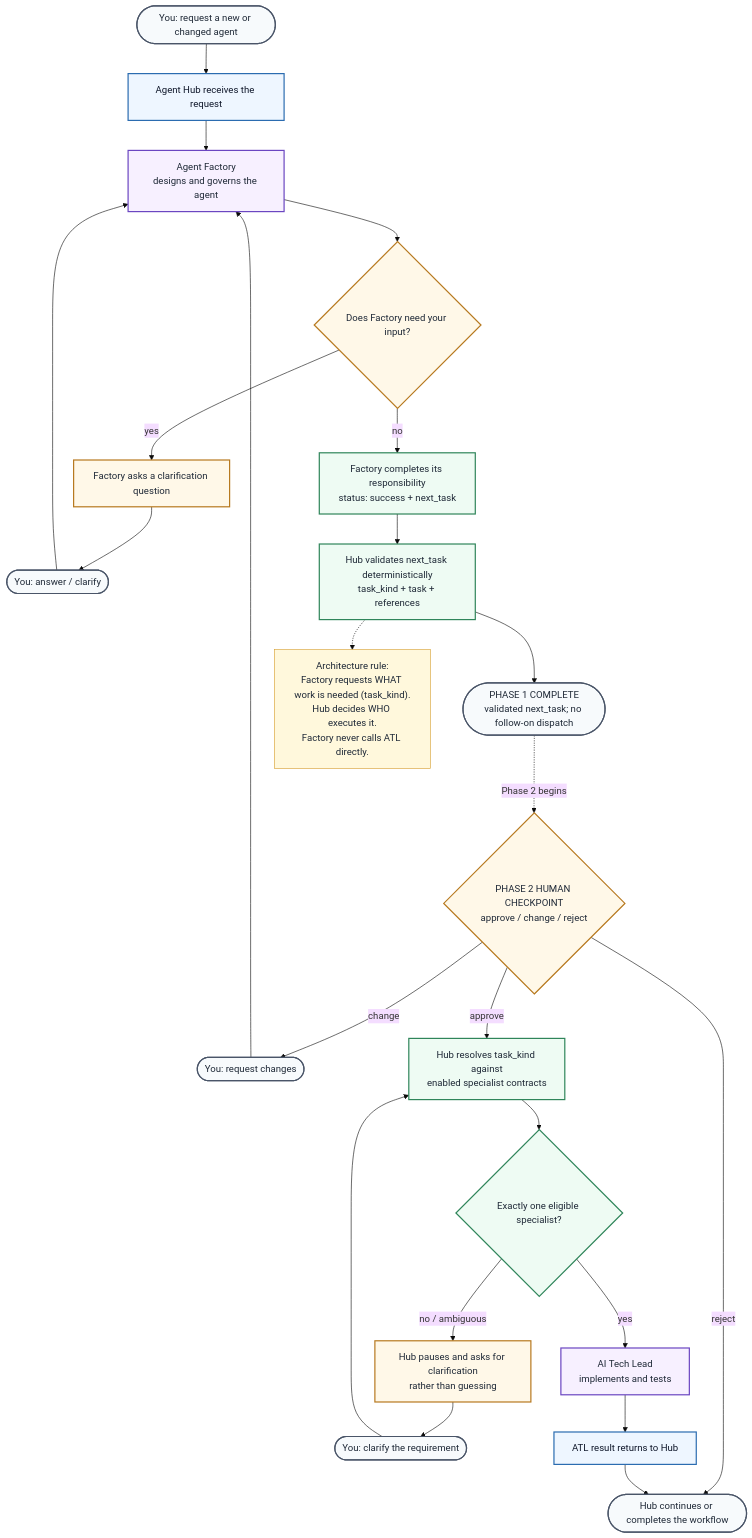
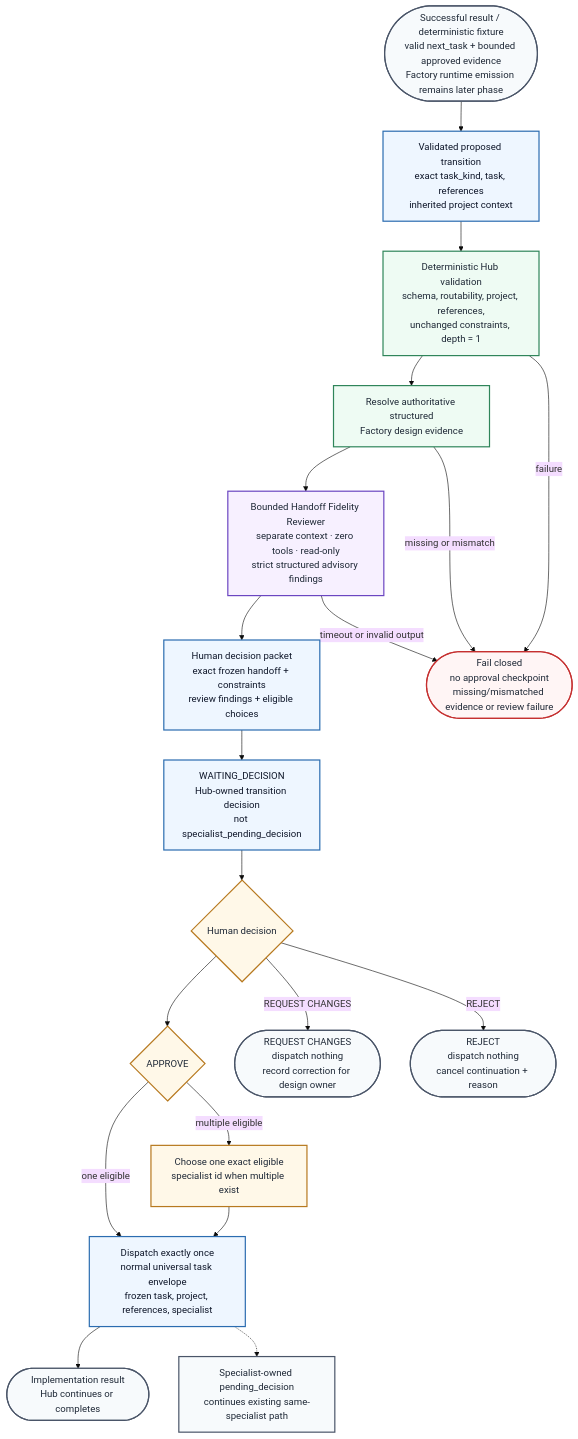
One commit to robvoto/agent-hub changed the diagram in docs/diagrams/08-CROSS-SPECIALIST-EXECUTION-PLAN.mmd. Above: the diagram before and after it, drawn with Mermaid (base theme). The commit also changed 9 other files, not shown here.

Commit message:
feat: add evidence-backed handoff transition gate

```diff
--- a/docs/diagrams/08-CROSS-SPECIALIST-EXECUTION-PLAN.mmd
+++ b/docs/diagrams/08-CROSS-SPECIALIST-EXECUTION-PLAN.mmd
@@ -1,48 +1,43 @@
 flowchart TD
-    UserStart(["You: request a new or changed agent"])
-    HubStart["Agent Hub receives the request"]
-    Factory["Agent Factory<br/>designs and governs the agent"]
-    FactoryNeedsInput{"Does Factory need your input?"}
-    FactoryQuestion["Factory asks a clarification question"]
-    UserClarifies(["You: answer / clarify"])
-    FactoryResult["Factory completes its responsibility<br/>status: success + next_task"]
-    Validate["Hub validates next_task deterministically<br/>task_kind + task + references"]
-    Phase1(["PHASE 1 COMPLETE<br/>validated next_task; no follow-on dispatch"])
-    HumanGate{"PHASE 2 HUMAN CHECKPOINT<br/>approve / change / reject"}
-    ChangeRequest(["You: request changes"])
-    Resolve["Hub resolves task_kind against<br/>enabled specialist contracts"]
-    One{"Exactly one eligible specialist?"}
-    ClarifySelection["Hub pauses and asks for clarification<br/>rather than guessing"]
-    UserClarifiesRouting(["You: clarify the requirement"])
-    ATL["AI Tech Lead<br/>implements and tests"]
-    Result["ATL result returns to Hub"]
-    Complete(["Hub continues or completes the workflow"])
+    Source([Successful result / deterministic fixture<br/>valid next_task + bounded approved evidence<br/>Factory runtime emission remains later phase])
+    Proposed["Validated proposed transition<br/>exact task_kind, task, references<br/>inherited project context"]
+    Deterministic["Deterministic Hub validation<br/>schema, routability, project, references,<br/>unchanged constraints, depth = 1"]
+    Evidence["Resolve authoritative structured<br/>Factory design evidence"]
+    Reviewer["Bounded Handoff Fidelity Reviewer<br/>separate context · zero tools · read-only<br/>strict structured advisory findings"]
+    Packet["Human decision packet<br/>exact frozen handoff + constraints<br/>review findings + eligible choices"]
+    Waiting["WAITING_DECISION<br/>Hub-owned transition decision<br/>not specialist_pending_decision"]
+    Decision{"Human decision"}
+    Approve{"APPROVE"}
+    Choose["Choose one exact eligible<br/>specialist id when multiple exist"]
+    Dispatch["Dispatch exactly once<br/>normal universal task envelope<br/>frozen task, project, references, specialist"]
+    Request([REQUEST CHANGES<br/>dispatch nothing<br/>record correction for design owner])
+    Reject([REJECT<br/>dispatch nothing<br/>cancel continuation + reason])
+    SpecialistDecision["Specialist-owned pending_decision<br/>continues existing same-specialist path"]
+    Result([Implementation result<br/>Hub continues or completes])
+    Fail([Fail closed<br/>no approval checkpoint<br/>missing/mismatched evidence or review failure])
 
-    UserStart --> HubStart --> Factory --> FactoryNeedsInput
-    FactoryNeedsInput -->|"yes"| FactoryQuestion --> UserClarifies --> Factory
-    FactoryNeedsInput -->|"no"| FactoryResult --> Validate --> Phase1
-
-    Phase1 -.->|"Phase 2 begins"| HumanGate
-    HumanGate -->|"approve"| Resolve --> One
-    HumanGate -->|"change"| ChangeRequest --> Factory
-    HumanGate -->|"reject"| Complete
-
-    One -->|"yes"| ATL --> Result --> Complete
-    One -->|"no / ambiguous"| ClarifySelection --> UserClarifiesRouting --> Resolve
-
-    rule["Architecture rule:<br/>Factory requests WHAT work is needed (task_kind).<br/>Hub decides WHO executes it.<br/>Factory never calls ATL directly."]
-    Validate -.-> rule
+    Source --> Proposed --> Deterministic --> Evidence --> Reviewer --> Packet --> Waiting --> Decision
+    Deterministic -->|failure| Fail
+    Evidence -->|missing or mismatch| Fail
+    Reviewer -->|timeout or invalid output| Fail
+    Decision --> Approve
+    Decision -->|REQUEST CHANGES| Request
+    Decision -->|REJECT| Reject
+    Approve -->|one eligible| Dispatch
+    Approve -->|multiple eligible| Choose --> Dispatch
+    Dispatch --> Result
+    Dispatch -.-> SpecialistDecision
 
     classDef hub fill:#eef6ff,stroke:#2b6cb0,stroke-width:2px,color:#0f172a;
-    classDef specialist fill:#f7f0ff,stroke:#6b46c1,stroke-width:2px,color:#1f2937;
     classDef deterministic fill:#eefbf3,stroke:#2f855a,stroke-width:2px,color:#1f2937;
+    classDef review fill:#f7f0ff,stroke:#6b46c1,stroke-width:2px,color:#1f2937;
     classDef human fill:#fff8e8,stroke:#b7791f,stroke-width:2px,color:#1f2937;
     classDef terminal fill:#f7fafc,stroke:#4a5568,stroke-width:2px,color:#1f2937;
-    classDef note fill:#fff8dc,stroke:#d69e2e,color:#1f2937;
+    classDef fail fill:#fff5f5,stroke:#c53030,stroke-width:2px,color:#1f2937;
 
-    class HubStart,Result hub;
-    class Factory,ATL specialist;
-    class FactoryResult,Validate,Resolve,One deterministic;
-    class FactoryNeedsInput,FactoryQuestion,HumanGate,ClarifySelection human;
-    class UserStart,UserClarifies,ChangeRequest,UserClarifiesRouting,Phase1,Complete terminal;
-    class rule note;
+    class Proposed,Packet,Waiting,Dispatch hub;
+    class Deterministic,Evidence deterministic;
+    class Reviewer review;
+    class Decision,Approve,Choose human;
+    class Source,Request,Reject,SpecialistDecision,Result terminal;
+    class Fail fail;
```
